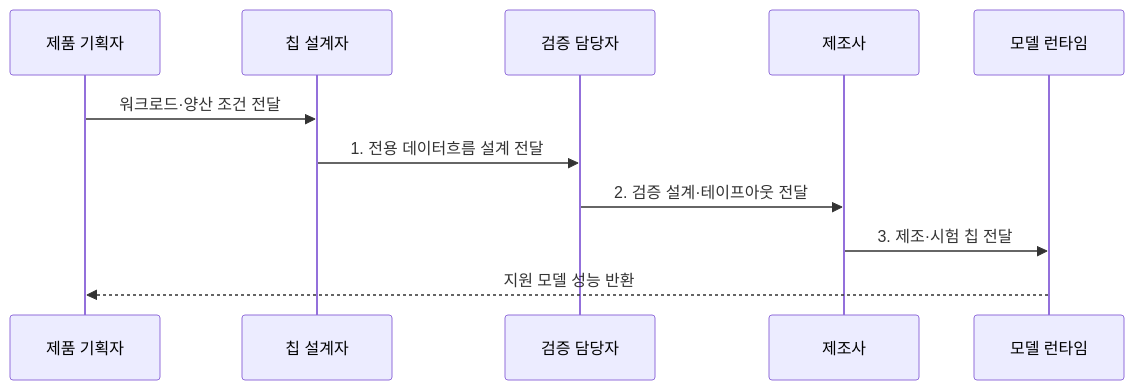
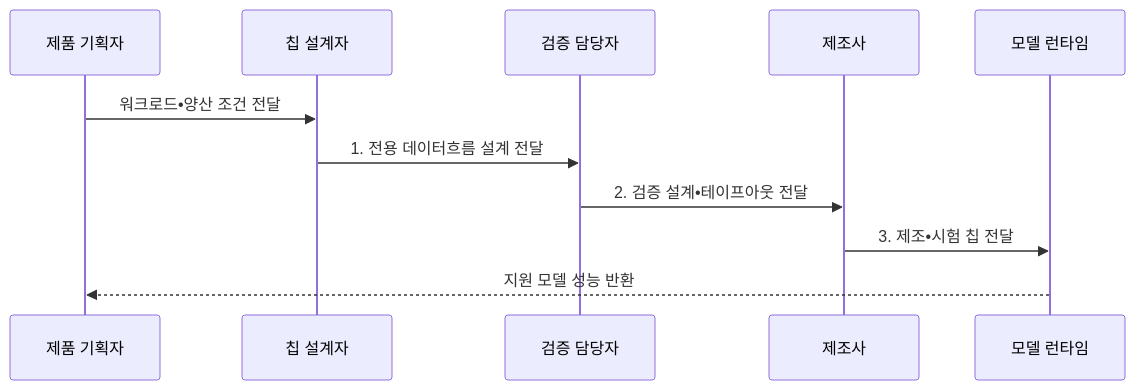
The second of 2 diagrams in src/content/docs/notes/08-latest-tech/144_asic_ai_acceleration.md (agnusdei1207/knowledge-base), drawn with Mermaid before and after one commit. The commit also changed other lines of this file and 953 other files, not shown here.

````diff
--- a/src/content/docs/notes/08-latest-tech/144_asic_ai_acceleration.md
+++ b/src/content/docs/notes/08-latest-tech/144_asic_ai_acceleration.md
@@ -102,13 +102,13 @@
 ```mermaid
 sequenceDiagram
     participant W as 제품 기획자
     participant D as 칩 설계자
     participant V as 검증 담당자
     participant F as 제조사
     participant R as 모델 런타임
-    W->>D: 워크로드·양산 조건 전달
+    W->>D: 워크로드•양산 조건 전달
     D->>V: 1. 전용 데이터흐름 설계 전달
-    V->>F: 2. 검증 설계·테이프아웃 전달
-    F->>R: 3. 제조·시험 칩 전달
+    V->>F: 2. 검증 설계•테이프아웃 전달
+    F->>R: 3. 제조•시험 칩 전달
     R-->>W: 지원 모델 성능 반환
 ```
````
